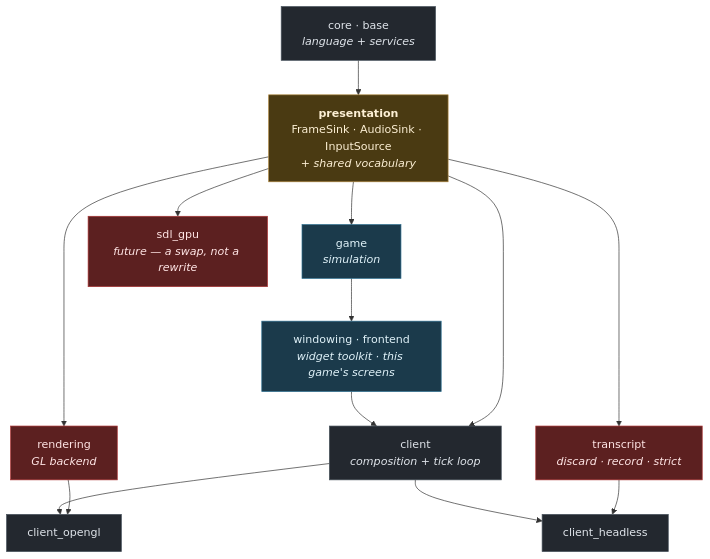
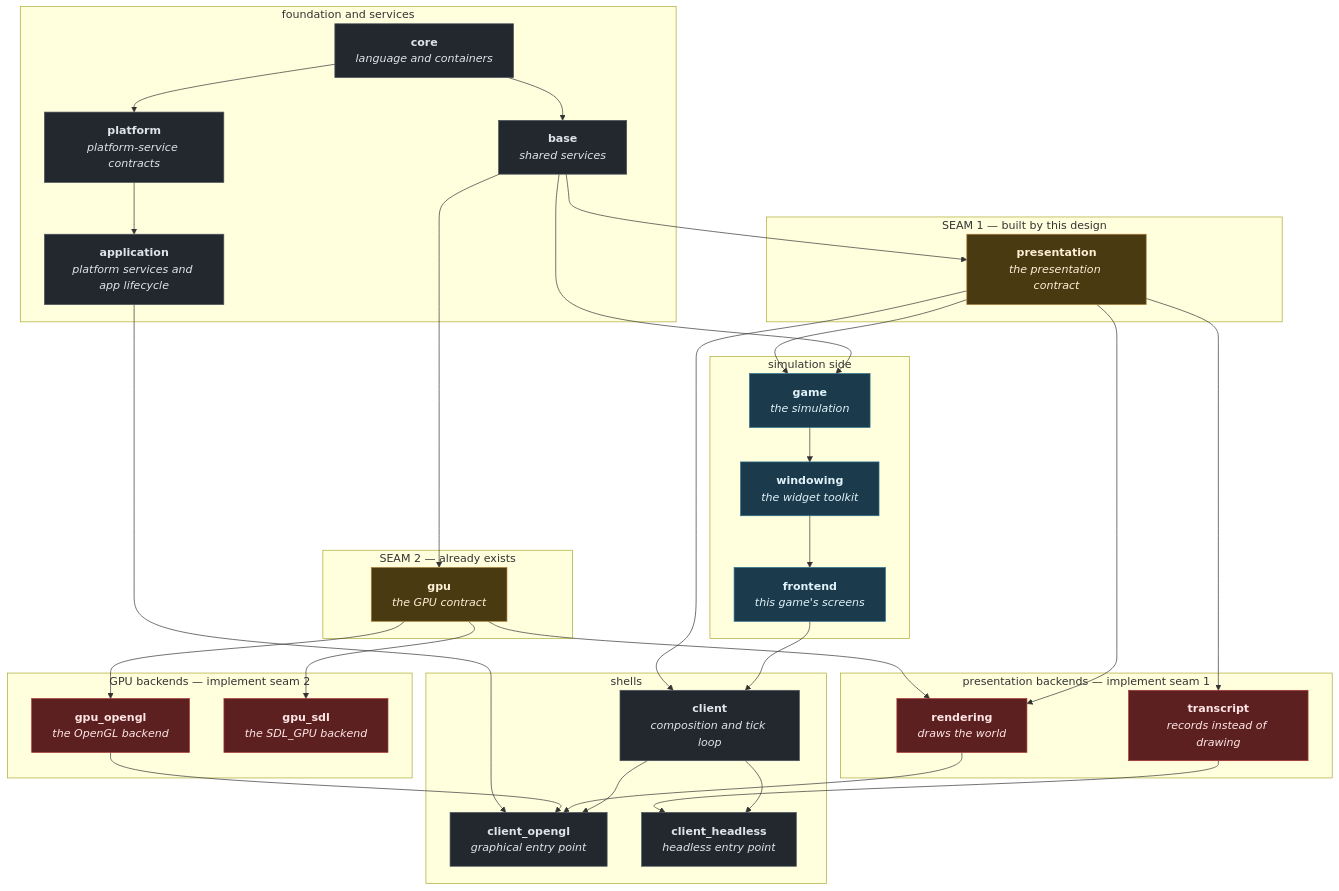
Before and after one commit to apnex/OpenStarbound: the second of 2 diagrams in docs/superpowers/specs/2026-08-01-sovereign-headless-client-design.md, drawn with Mermaid. The commit also changed other lines of this file, not shown here.

First line of the commit message:
docs(spec): headless client -- two seams, one component per box

````diff
--- a/docs/superpowers/specs/2026-08-01-sovereign-headless-client-design.md
+++ b/docs/superpowers/specs/2026-08-01-sovereign-headless-client-design.md
@@ -265,30 +292,71 @@
 ```mermaid
 flowchart TD
-  core["core · base<br/><i>language + services</i>"]
-  contract["<b>presentation</b><br/>FrameSink · AudioSink · InputSource<br/><i>+ shared vocabulary</i>"]
-  game["game<br/><i>simulation</i>"]
-  ui["windowing · frontend<br/><i>widget toolkit · this game's screens</i>"]
-  gl["rendering<br/><i>GL backend</i>"]
-  tr["transcript<br/><i>discard · record · strict</i>"]
-  sdl["sdl_gpu<br/><i>future — a swap, not a rewrite</i>"]
-  shell["client<br/><i>composition + tick loop</i>"]
-  cgl["client_opengl"]
-  chl["client_headless"]
+  subgraph FOUND ["foundation and services"]
+    core["<b>core</b><br/><i>language and containers</i>"]
+    base["<b>base</b><br/><i>shared services</i>"]
+    platform["<b>platform</b><br/><i>platform-service contracts</i>"]
+    app["<b>application</b><br/><i>platform services and app lifecycle</i>"]
+  end
 
-  core --> contract
-  contract --> game --> ui --> shell
-  contract --> gl & tr & sdl
+  subgraph SEAM1 ["SEAM 1 — built by this design"]
+    contract["<b>presentation</b><br/><i>the presentation contract</i>"]
+  end
+
+  subgraph SIM ["simulation side"]
+    game["<b>game</b><br/><i>the simulation</i>"]
+    win["<b>windowing</b><br/><i>the widget toolkit</i>"]
+    front["<b>frontend</b><br/><i>this game's screens</i>"]
+  end
+
+  subgraph PB ["presentation backends — implement seam 1"]
+    rend["<b>rendering</b><br/><i>draws the world</i>"]
+    tr["<b>transcript</b><br/><i>records instead of drawing</i>"]
+  end
+
+  subgraph SEAM2 ["SEAM 2 — already exists"]
+    gpu["<b>gpu</b><br/><i>the GPU contract</i>"]
+  end
+
+  subgraph GB ["GPU backends — implement seam 2"]
+    glb["<b>gpu_opengl</b><br/><i>the OpenGL backend</i>"]
+    sdlb["<b>gpu_sdl</b><br/><i>the SDL_GPU backend</i>"]
+  end
+
+  subgraph SH ["shells"]
+    shell["<b>client</b><br/><i>composition and tick loop</i>"]
+    cgl["<b>client_opengl</b><br/><i>graphical entry point</i>"]
+    chl["<b>client_headless</b><br/><i>headless entry point</i>"]
+  end
+
+  core --> base
+  core --> platform
+  platform --> app
+  base --> contract
+  base --> gpu
+  base --> game
+  contract --> game
+  game --> win
+  win --> front
+  front --> shell
+  contract --> rend
+  contract --> tr
   contract --> shell
-  shell --> cgl & chl
-  gl --> cgl
+  gpu --> rend
+  gpu --> glb
+  gpu --> sdlb
+  shell --> cgl
+  shell --> chl
+  rend --> cgl
+  glb --> cgl
+  app --> cgl
   tr --> chl
 
   classDef sim fill:#1b3a4b,stroke:#2c6e8f,color:#e0f2f9
   classDef pix fill:#5c2020,stroke:#a33,color:#ffe5e5
   classDef joint fill:#4a3a12,stroke:#a8813a,color:#fdf0d5
-  classDef base fill:#23282f,stroke:#4a545e,color:#dfe4ea
-  class game,ui sim
-  class gl,tr,sdl pix
-  class contract joint
-  class core,shell,cgl,chl base
+  classDef found fill:#23282f,stroke:#4a545e,color:#dfe4ea
+  class game,win,front sim
+  class rend,tr,glb,sdlb pix
+  class contract,gpu joint
+  class core,base,platform,app,shell,cgl,chl found
 ```
````
